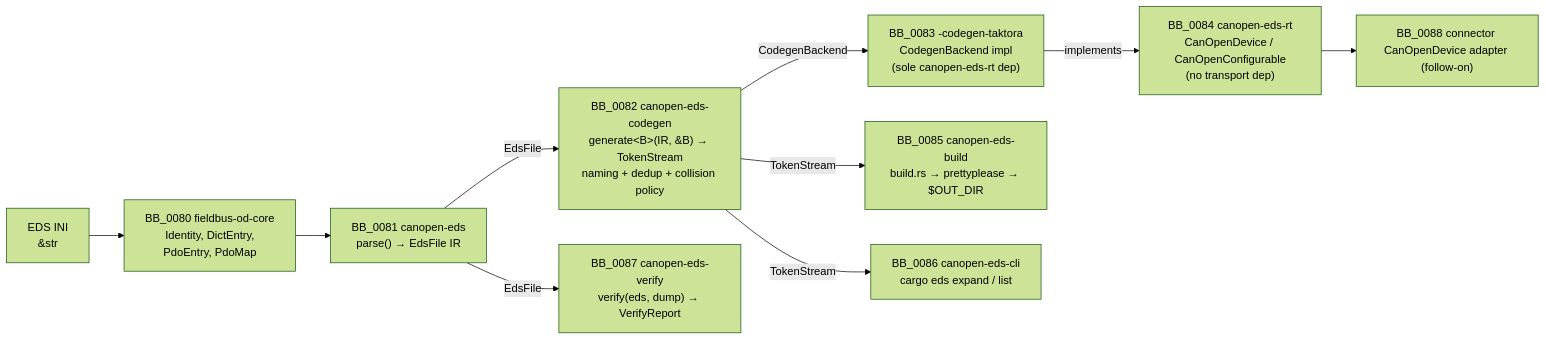
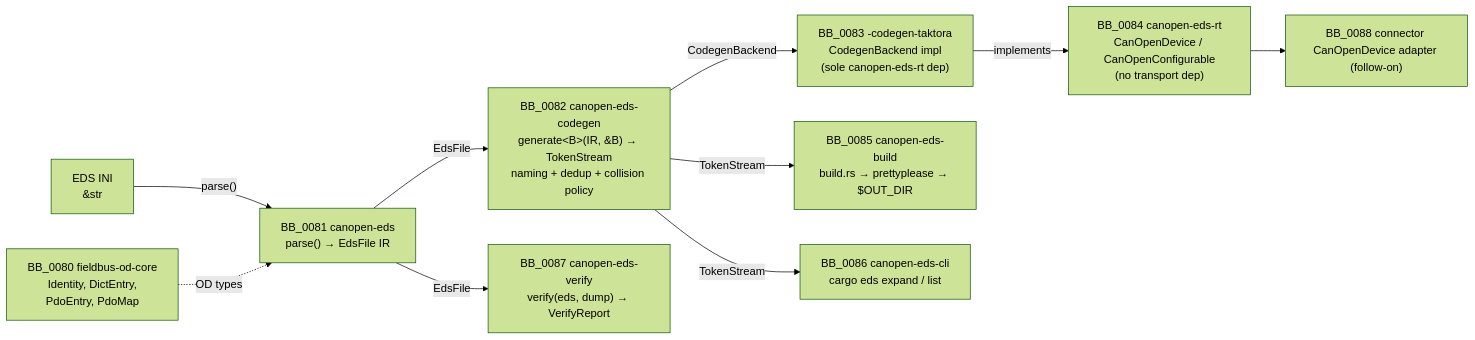
Before and after one commit to patdhlk/taktora: the diagram in spec/architecture/canopen-codegen/building-blocks.rst, drawn with Mermaid (forest theme). The commit also changed 1 other file, not shown here.

Commit message:
docs(spec): fix canopen od-core dependency edge + logging bridge install path (T10 review)

```diff
--- a/spec/architecture/canopen-codegen/building-blocks.rst
+++ b/spec/architecture/canopen-codegen/building-blocks.rst
@@ -13,23 +13,23 @@
 .. mermaid::
 
    graph LR
        ini["EDS INI<br/>&str"]
        odc["BB_0080 fieldbus-od-core<br/>Identity, DictEntry,<br/>PdoEntry, PdoMap"]
        p["BB_0081 canopen-eds<br/>parse() → EdsFile IR"]
        g["BB_0082 canopen-eds-codegen<br/>generate&lt;B&gt;(IR, &amp;B) → TokenStream<br/>naming + dedup + collision policy"]
        b["BB_0083 -codegen-taktora<br/>CodegenBackend impl<br/>(sole canopen-eds-rt dep)"]
        rt["BB_0084 canopen-eds-rt<br/>CanOpenDevice / CanOpenConfigurable<br/>(no transport dep)"]
        build["BB_0085 canopen-eds-build<br/>build.rs → prettyplease → $OUT_DIR"]
        cli["BB_0086 canopen-eds-cli<br/>cargo eds expand / list"]
        ver["BB_0087 canopen-eds-verify<br/>verify(eds, dump) → VerifyReport"]
        adapter["BB_0088 connector CanOpenDevice adapter (follow-on)"]
 
-       ini --> odc
-       odc --> p
+       ini -->|"parse()"| p
+       odc -.->|"OD types"| p
        p -->|EdsFile| g
        g -->|CodegenBackend| b
        b -->|implements| rt
        g -->|TokenStream| build
        g -->|TokenStream| cli
        p -->|EdsFile| ver
        rt --> adapter
```
